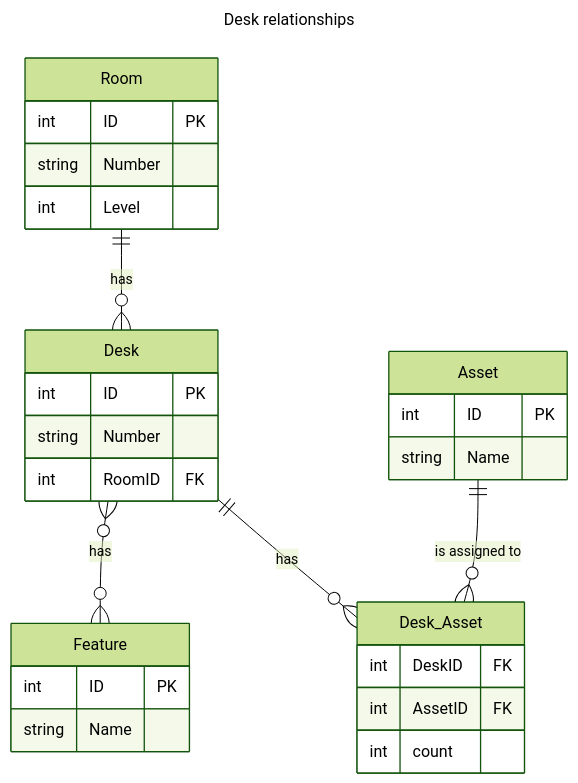
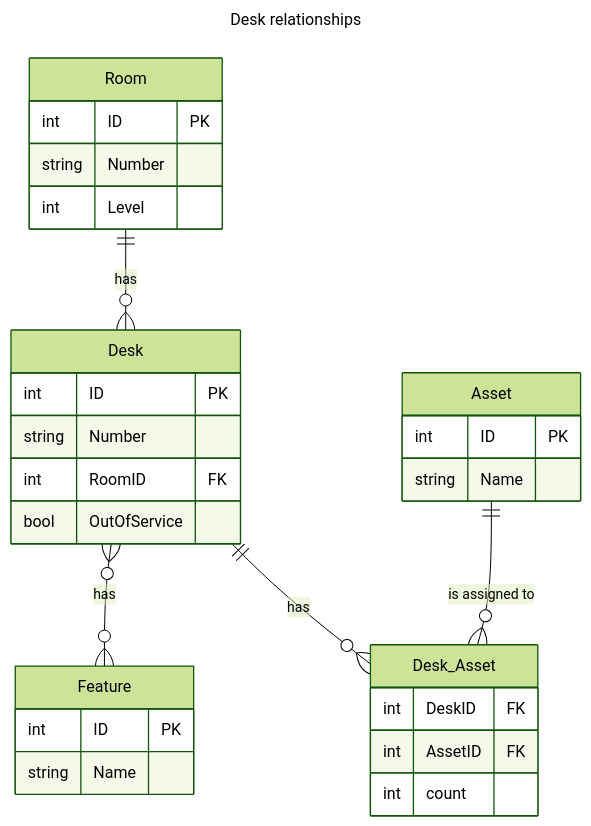
The third of 6 diagrams in docs/architecture.md (JozwiakPiotr/pi), drawn with Mermaid (forest theme) before and after one commit. The commit also changed 1 other file, not shown here.

Commit message:
add openapi

````diff
--- a/docs/architecture.md
+++ b/docs/architecture.md
@@ -39,41 +39,42 @@
 ```mermaid
 ---
 title: Desk relationships
 ---
 erDiagram
     Room {
         int ID PK
         string Number
         int Level
     }
     Desk {
         int ID PK
         string Number
         int RoomID FK
+        bool OutOfService
     }
     Feature {
         int ID PK
         string Name
     }
     Asset {
         int ID PK
         string Name
     }
     Desk_Asset {
         int DeskID FK
         int AssetID FK
         int count
     }
 
     %% Relacja N:N - Desk ma wiele lub 0 Feature i na odwrót 
     Desk }o--o{ Feature: "has"
 
     %% Relacja 1:N - Jeden Pokój ma wiele Biurek
     Room ||--o{ Desk : "has"
 
     %% Relacja 1:N - Jedno Biurko ma wiele wpisów o sprzęcie
     Desk ||--o{ Desk_Asset : "has"
     
     %% Relacja 1:N - Jeden Sprzęt ze słownika może być na wielu biurkach
     Asset ||--o{ Desk_Asset : "is assigned to"
 ```
````
